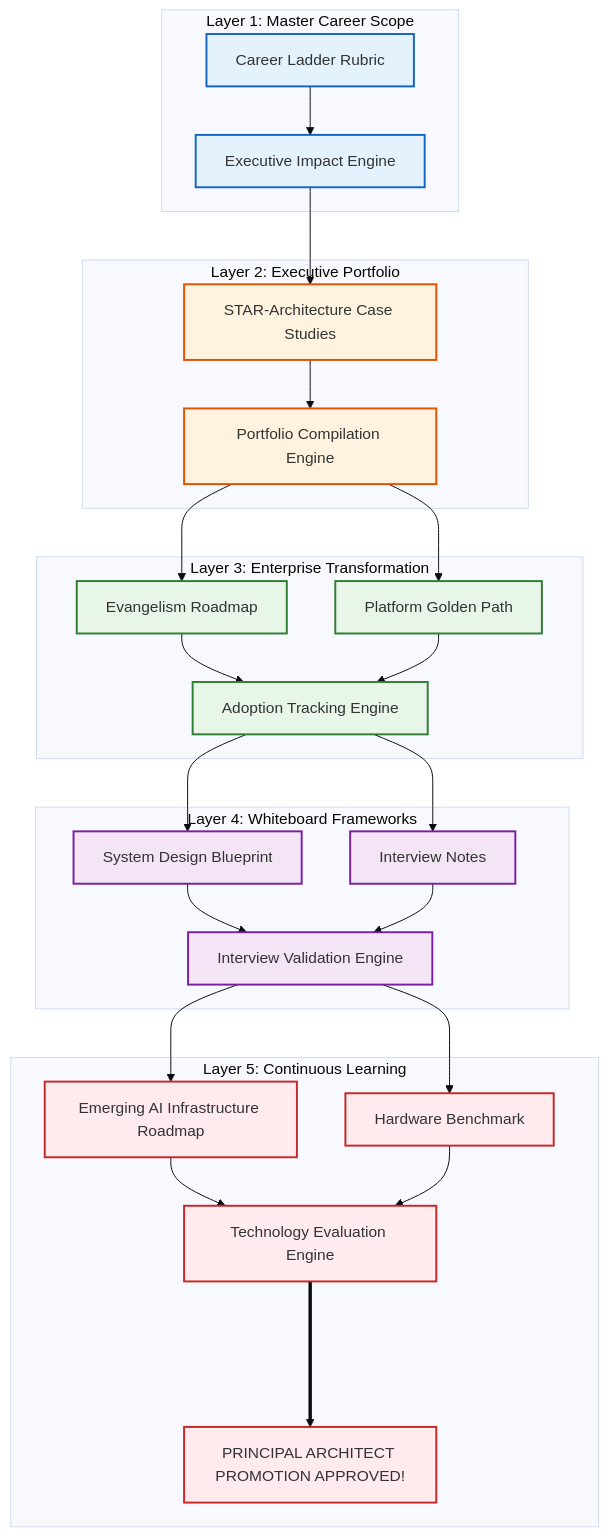
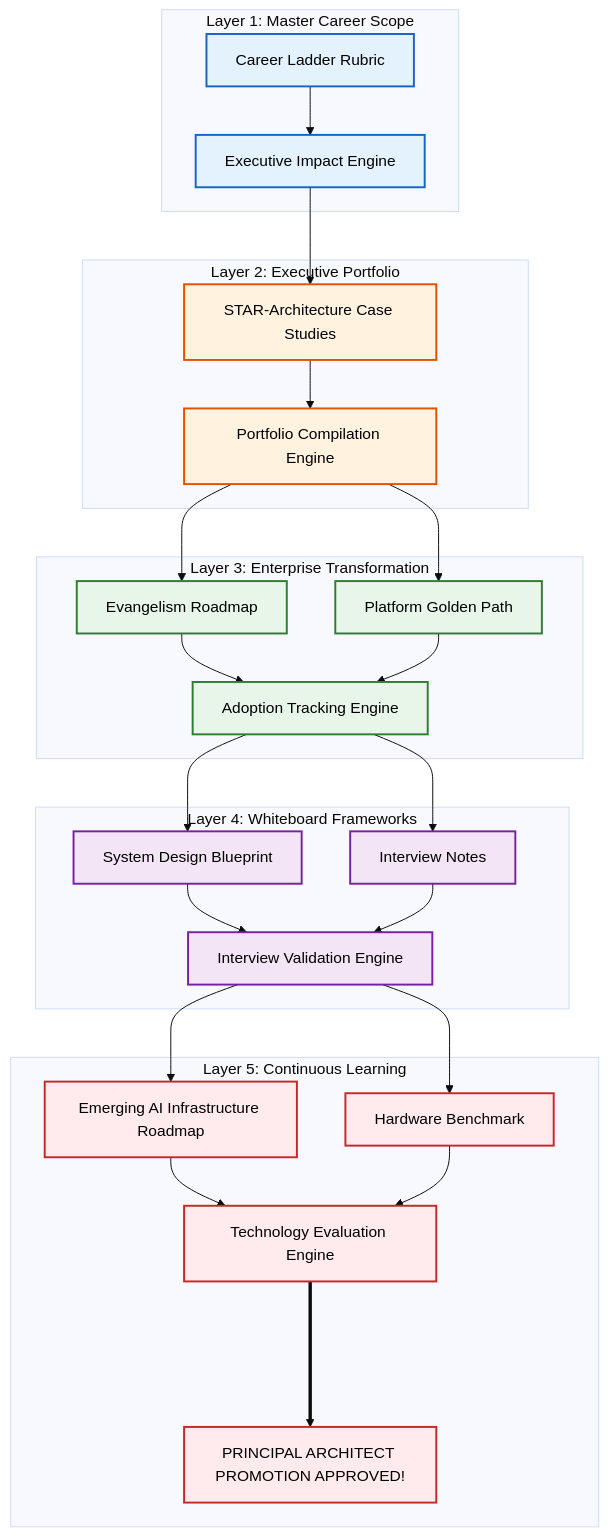
Before and after one commit to aloysiuspattath/platform-engineering-ai-course: the diagram in courses/platform-engineering/labs/career-advancement.md, drawn with Mermaid (base theme). The commit also changed 53 other files, not shown here.

Commit message:
fix: enforce high-contrast black text on mermaid diagram fills for dark mode readability

````diff
--- a/courses/platform-engineering/labs/career-advancement.md
+++ b/courses/platform-engineering/labs/career-advancement.md
@@ -65,60 +65,60 @@
 ```mermaid
 flowchart TD
-    classDef scope fill:#e3f2fd,stroke:#1565c0,stroke-width:2px;
-    classDef portfolio fill:#fff3e0,stroke:#e65100,stroke-width:2px;
-    classDef culture fill:#e8f5e9,stroke:#2e7d32,stroke-width:2px;
-    classDef design fill:#f3e5f5,stroke:#7b1fa2,stroke-width:2px;
-    classDef forecast fill:#ffebee,stroke:#c62828,stroke-width:2px;
+    classDef scope fill:#e3f2fd,stroke:#1565c0,stroke-width:2px,color:#000000;
+    classDef portfolio fill:#fff3e0,stroke:#e65100,stroke-width:2px,color:#000000;
+    classDef culture fill:#e8f5e9,stroke:#2e7d32,stroke-width:2px,color:#000000;
+    classDef design fill:#f3e5f5,stroke:#7b1fa2,stroke-width:2px,color:#000000;
+    classDef forecast fill:#ffebee,stroke:#c62828,stroke-width:2px,color:#000000;
 
     subgraph CareerScope [Layer 1: Master Career Scope]
         LADDER["Career Ladder Rubric"]
         IMPACT["Executive Impact Engine"]
         LADDER --> IMPACT
     end
 
     subgraph PortfolioEngine [Layer 2: Executive Portfolio]
         CASE["STAR-Architecture Case Studies"]
         BUILD["Portfolio Compilation Engine"]
         IMPACT --> CASE
         CASE --> BUILD
     end
 
     subgraph DeveloperCulture [Layer 3: Enterprise Transformation]
         ROAD["Evangelism Roadmap"]
         GOLD["Platform Golden Path"]
         TRACK["Adoption Tracking Engine"]
         BUILD --> ROAD
         BUILD --> GOLD
         ROAD --> TRACK
         GOLD --> TRACK
     end
 
     subgraph SystemDesign [Layer 4: Whiteboard Frameworks]
         DRAW["System Design Blueprint"]
         NOTES["Interview Notes"]
         VAL["Interview Validation Engine"]
         TRACK --> DRAW
         TRACK --> NOTES
         DRAW --> VAL
         NOTES --> VAL
     end
 
     subgraph TechForecasting [Layer 5: Continuous Learning]
         INFRA["Emerging AI Infrastructure Roadmap"]
         BENCH["Hardware Benchmark"]
         EVAL["Technology Evaluation Engine"]
         PASS["PRINCIPAL ARCHITECT PROMOTION APPROVED!"]
         
         VAL --> INFRA
         VAL --> BENCH
         INFRA --> EVAL
         BENCH --> EVAL
         EVAL ====> PASS
     end
 
     class LADDER,IMPACT scope;
     class CASE,BUILD portfolio;
     class ROAD,GOLD,TRACK culture;
     class DRAW,NOTES,VAL design;
     class INFRA,BENCH,EVAL,PASS forecast;
 ```
````
